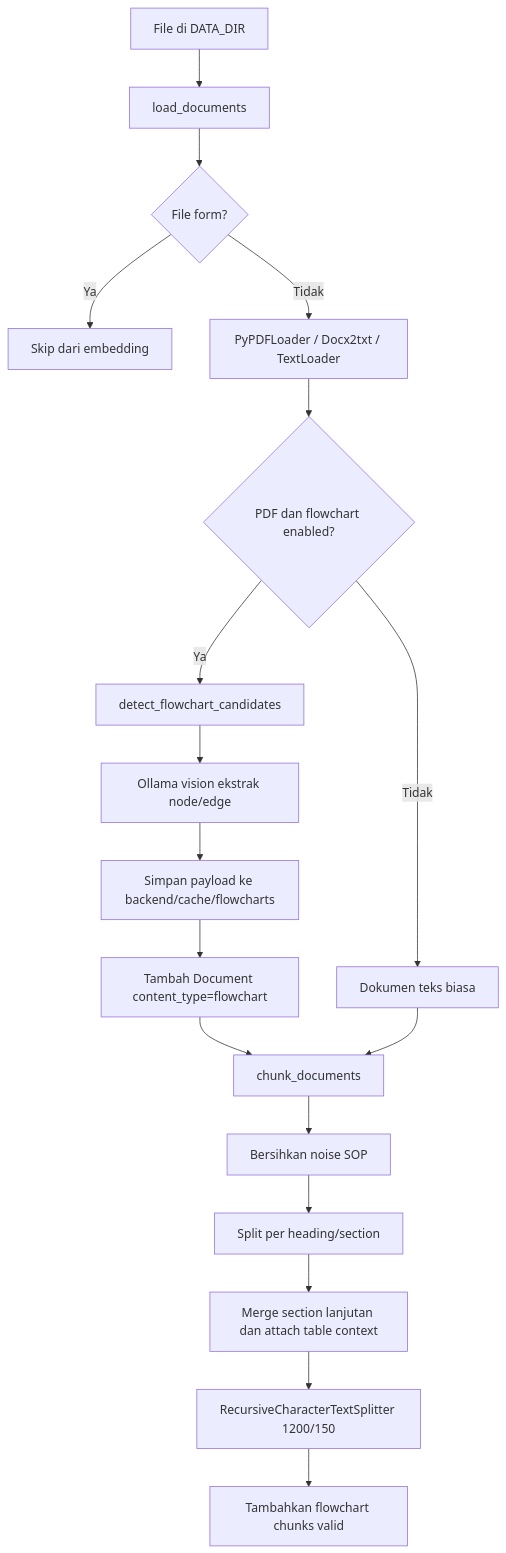
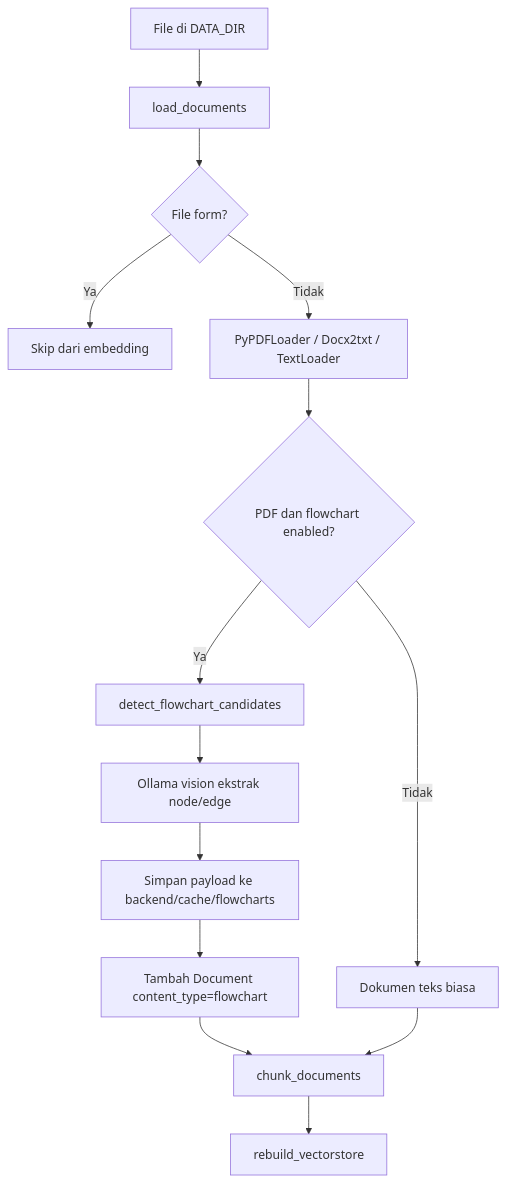
The fourth of 5 diagrams in Capstone/docs/SYSTEM_FLOWS.md (Akram17t/Internship), drawn with Mermaid before and after one commit. The commit also changed other lines of this file and 43 other files, not shown here.

````diff
--- a/Capstone/docs/SYSTEM_FLOWS.md
+++ b/Capstone/docs/SYSTEM_FLOWS.md
@@ -193,20 +84,16 @@
 ```mermaid
 flowchart TD
   A[File di DATA_DIR] --> B[load_documents]
   B --> C{File form?}
   C -->|Ya| D[Skip dari embedding]
   C -->|Tidak| E[PyPDFLoader / Docx2txt / TextLoader]
   E --> F{PDF dan flowchart enabled?}
   F -->|Ya| G[detect_flowchart_candidates]
   G --> H[Ollama vision ekstrak node/edge]
   H --> I[Simpan payload ke backend/cache/flowcharts]
   I --> J[Tambah Document content_type=flowchart]
   F -->|Tidak| K[Dokumen teks biasa]
   J --> L[chunk_documents]
   K --> L
-  L --> M[Bersihkan noise SOP]
-  M --> N[Split per heading/section]
-  N --> O[Merge section lanjutan dan attach table context]
-  O --> P[RecursiveCharacterTextSplitter 1200/150]
-  P --> Q[Tambahkan flowchart chunks valid]
+  L --> M[rebuild_vectorstore]
 ```
````
